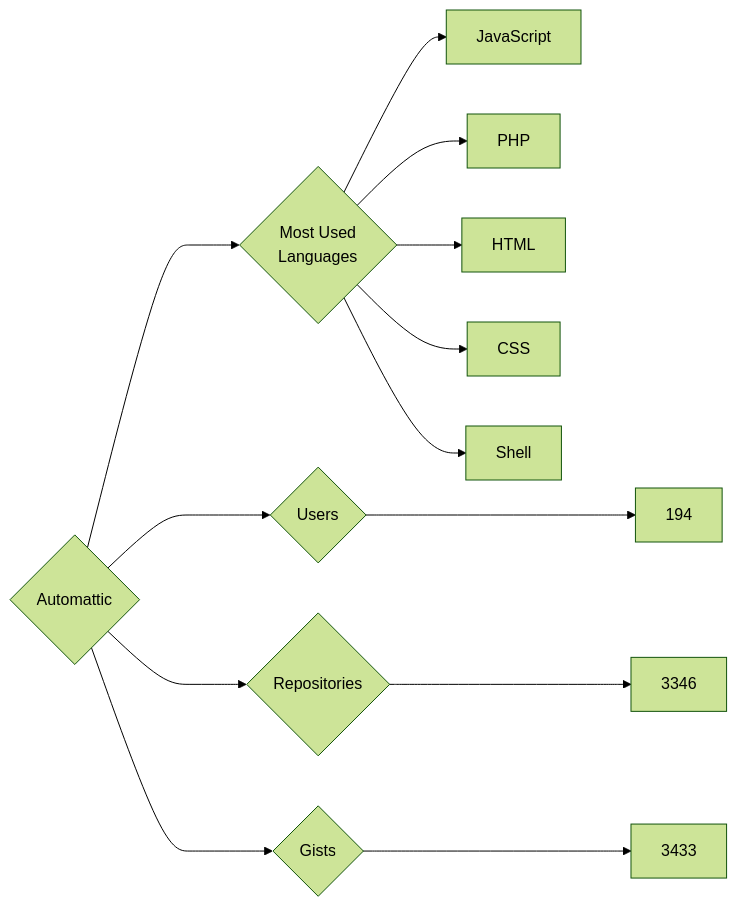
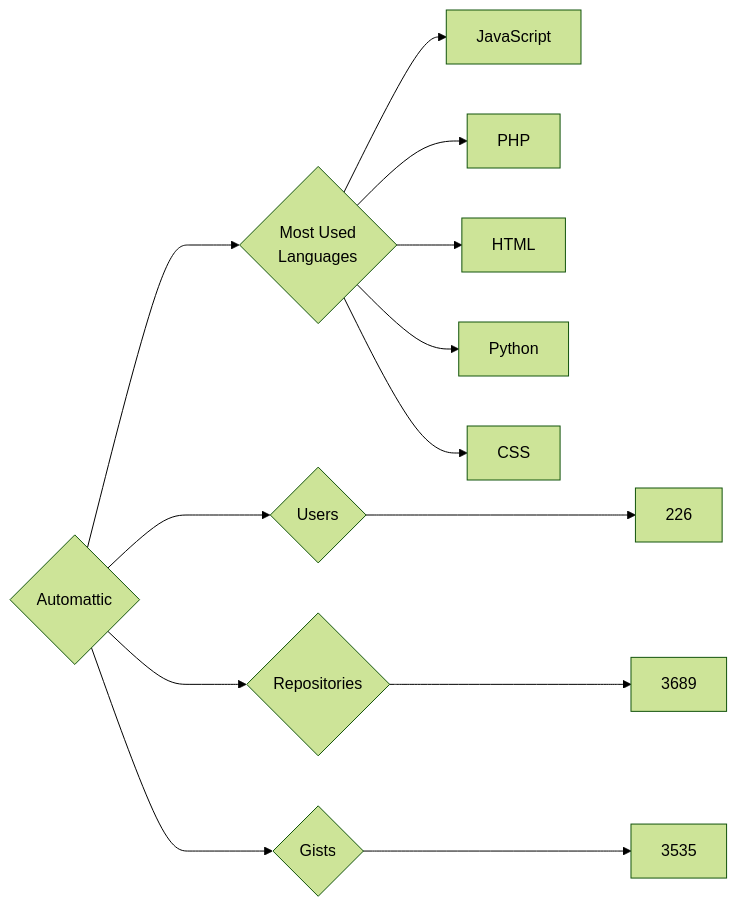
Before and after one commit to trickest/insiders: the diagram in targets/Automattic/README.md, drawn with Mermaid (forest theme). The commit also changed 925 other files, not shown here.

````diff
--- a/targets/Automattic/README.md
+++ b/targets/Automattic/README.md
@@ -3,13 +3,13 @@
 ```mermaid
 graph LR
 COMPANY_NAME{Automattic}
-COMPANY_NAME ---> U{Users} ---> UN[194]
-COMPANY_NAME ---> R{Repositories} ---> RN[3346]
-COMPANY_NAME ---> G{Gists} ---> GN[3433]
+COMPANY_NAME ---> U{Users} ---> UN[226]
+COMPANY_NAME ---> R{Repositories} ---> RN[3689]
+COMPANY_NAME ---> G{Gists} ---> GN[3535]
 COMPANY_NAME ---> ML{Most Used<br>Languages}
 ML --> JavaScript[JavaScript]
 ML --> PHP[PHP]
 ML --> HTML[HTML]
+ML --> Python[Python]
 ML --> CSS[CSS]
-ML --> Shell[Shell]
 ```
````
